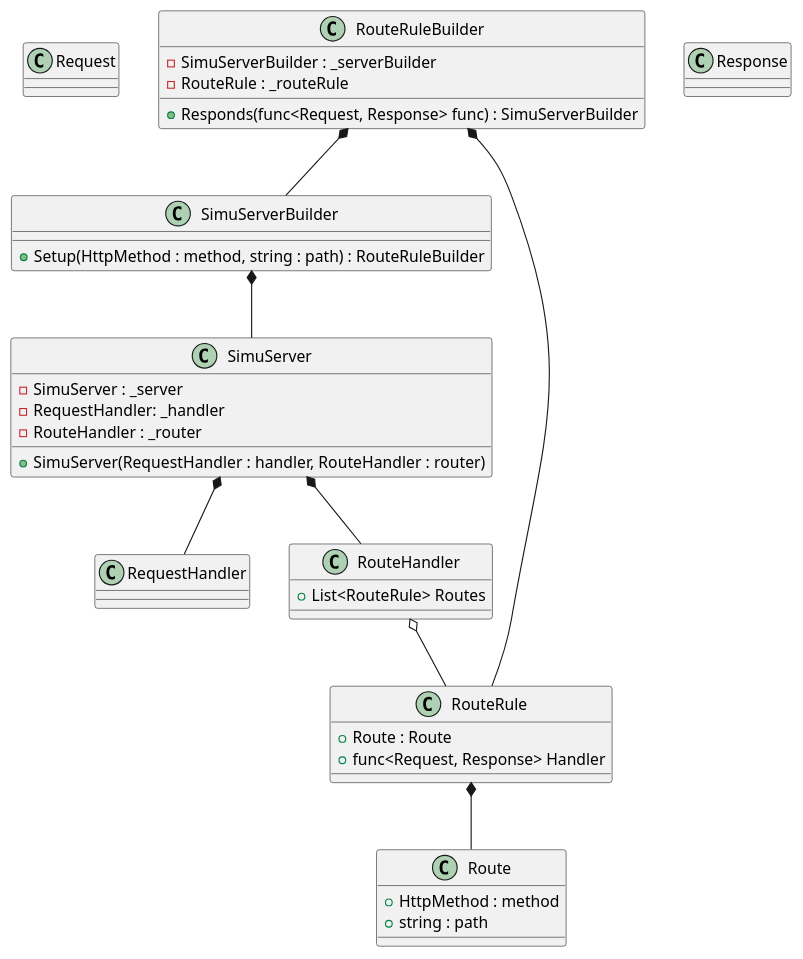
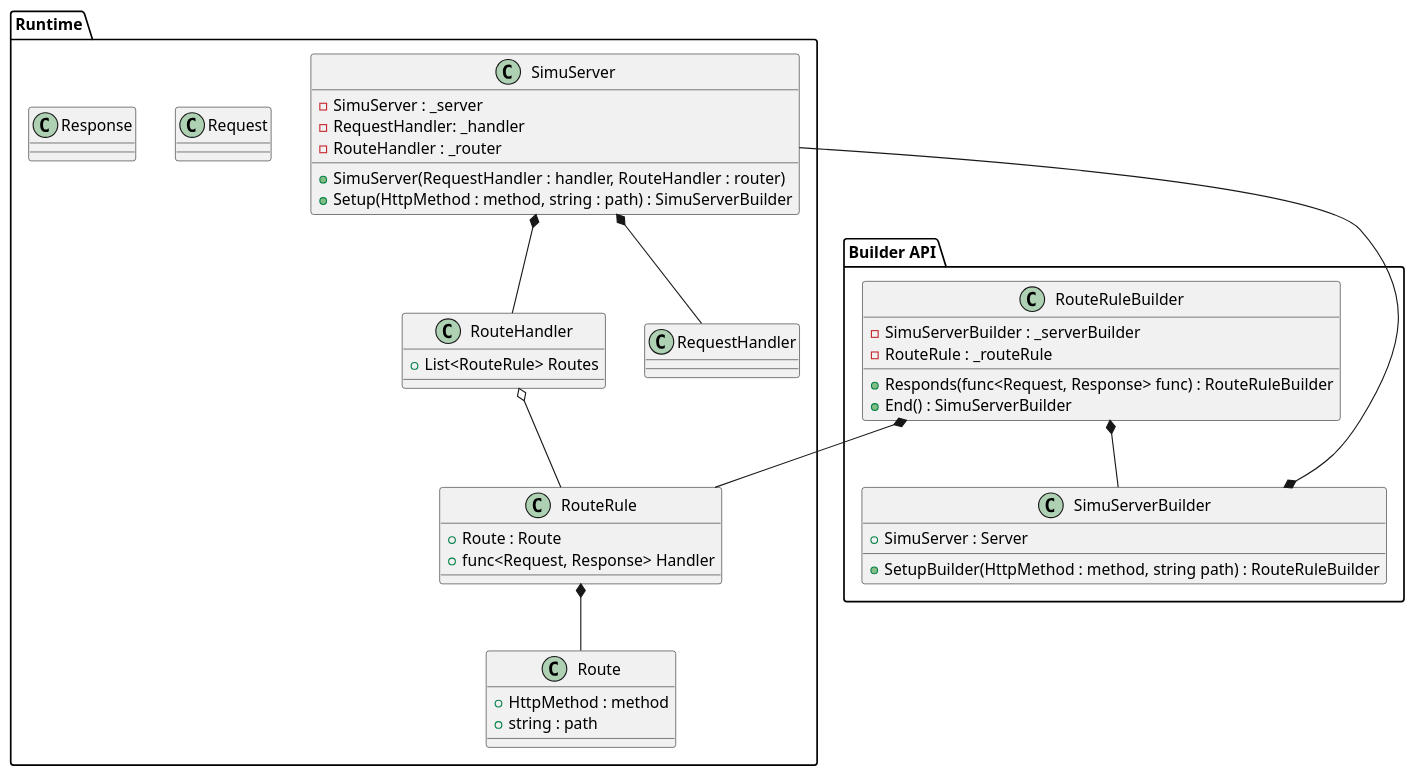
One commit to Addurezz/SimuRest changed the diagram in SimuRest.Core/docs/Class.puml. Above: the diagram before and after it, drawn with PlantUML.

Commit message:
Cleanup of diagramm with packages

```diff
--- a/SimuRest.Core/docs/Class.puml
+++ b/SimuRest.Core/docs/Class.puml
@@ -1,52 +1,63 @@
 @startuml
 'https://plantuml.com/class-diagram
 
-class Request
+top to bottom direction
 
-class RequestHandler
-
-class Response
-
-class SimuServer {
-    - SimuServer : _server
-    - RequestHandler: _handler
-    - RouteHandler : _router
-    + SimuServer(RequestHandler : handler, RouteHandler : router)
+package "Runtime" {
+    class SimuServer {
+        - SimuServer : _server
+        - RequestHandler: _handler
+        - RouteHandler : _router
+        + SimuServer(RequestHandler : handler, RouteHandler : router)
+        + Setup(HttpMethod : method, string : path) : SimuServerBuilder
+    }
+    
+    class RouteHandler {
+        + List<RouteRule> Routes  
+    }
+    
+    class Route {
+        + HttpMethod : method
+        + string : path
+    }
+    
+    class RouteRule {
+        + Route : Route
+        + func<Request, Response> Handler
+    }
+    
+    
+    class Request
+    
+    class RequestHandler
+    
+    class Response
 }
 
-class SimuServerBuilder {
-    + Setup(HttpMethod : method, string : path) : RouteRuleBuilder
+package "Builder API" {
+    class SimuServerBuilder {
+        + SimuServer : Server
+        + SetupBuilder(HttpMethod : method, string path) : RouteRuleBuilder
+    }
+    
+    class RouteRuleBuilder {
+        - SimuServerBuilder : _serverBuilder
+        - RouteRule : _routeRule
+        
+        + Responds(func<Request, Response> func) : RouteRuleBuilder
+        + End() : SimuServerBuilder
+    }
 }
 
-class RouteRuleBuilder {
-    - SimuServerBuilder : _serverBuilder
-    - RouteRule : _routeRule
-    
-    + Responds(func<Request, Response> func) : SimuServerBuilder
-}
-
-class RouteHandler {
-    + List<RouteRule> Routes  
-}
-
-class Route {
-    + HttpMethod : method
-    + string : path
-}
-
-class RouteRule {
-    + Route : Route
-    + func<Request, Response> Handler
-}
+SimuServer --* SimuServerBuilder
+RouteRuleBuilder *-- SimuServerBuilder
 
 RouteRuleBuilder *-- RouteRule
-RouteRuleBuilder *--SimuServerBuilder
 RouteRule *-- Route
-RouteHandler o-- RouteRule
+
 SimuServer *-- RequestHandler
 SimuServer *-- RouteHandler
-SimuServerBuilder *-- SimuServer
 
-
+RouteHandler o-- RouteRule
 
 @enduml
```
